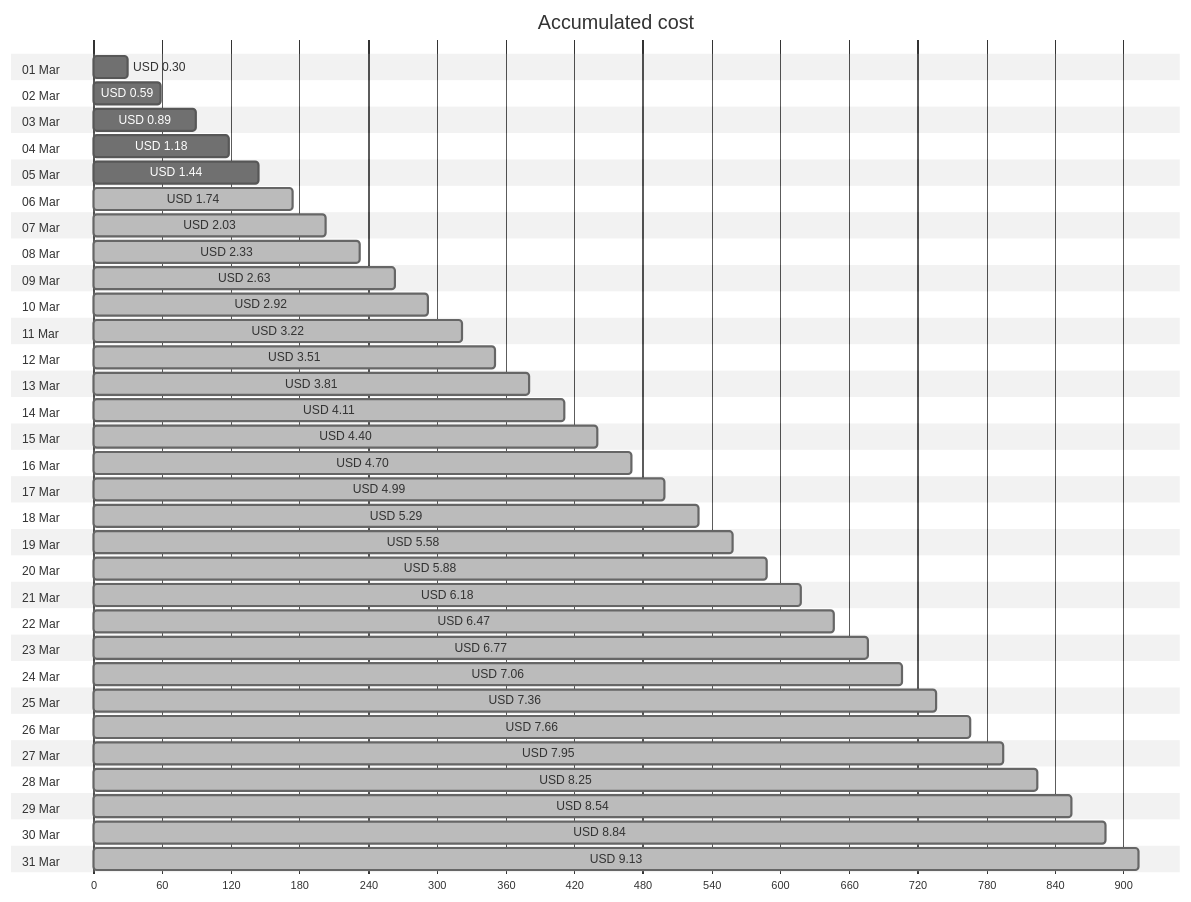
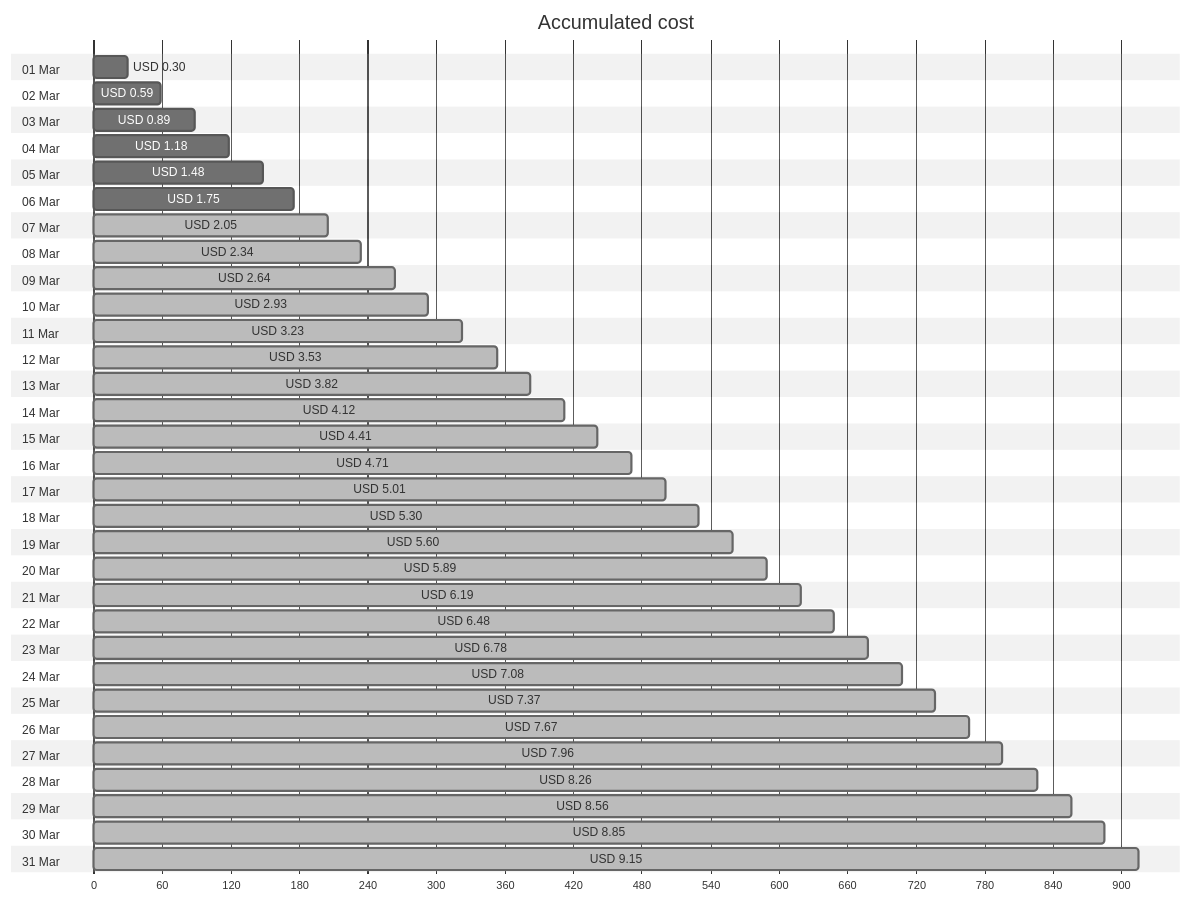
One commit to jpfulton/azure-personal-reports changed the first of 4 diagrams in cost-reports/personal-site/personal-site.md. Above: the diagram before and after it, drawn with Mermaid (neutral theme). The commit also changed other lines of this file and 7 other files, not shown here.

````diff
--- a/cost-reports/personal-site/personal-site.md
+++ b/cost-reports/personal-site/personal-site.md
@@ -20,68 +20,68 @@
 ```mermaid
 gantt
    title Accumulated cost
    dateFormat  X
    axisFormat %s
    section 01 Mar
    USD 0.30 :0, 30
    section 02 Mar
    USD 0.59 :0, 59
    section 03 Mar
    USD 0.89 :0, 89
    section 04 Mar
    USD 1.18 :0, 118
    section 05 Mar
-   USD 1.44 :0, 144
+   USD 1.48 :0, 148
    section 06 Mar
-   USD 1.74 : done, 0, 174
+   USD 1.75 :0, 175
    section 07 Mar
-   USD 2.03 : done, 0, 203
+   USD 2.05 : done, 0, 205
    section 08 Mar
-   USD 2.33 : done, 0, 233
+   USD 2.34 : done, 0, 234
    section 09 Mar
-   USD 2.63 : done, 0, 263
+   USD 2.64 : done, 0, 264
    section 10 Mar
-   USD 2.92 : done, 0, 292
+   USD 2.93 : done, 0, 293
    section 11 Mar
-   USD 3.22 : done, 0, 322
+   USD 3.23 : done, 0, 323
    section 12 Mar
-   USD 3.51 : done, 0, 351
+   USD 3.53 : done, 0, 353
    section 13 Mar
-   USD 3.81 : done, 0, 381
+   USD 3.82 : done, 0, 382
    section 14 Mar
-   USD 4.11 : done, 0, 411
+   USD 4.12 : done, 0, 412
    section 15 Mar
-   USD 4.40 : done, 0, 440
+   USD 4.41 : done, 0, 441
    section 16 Mar
-   USD 4.70 : done, 0, 470
+   USD 4.71 : done, 0, 471
    section 17 Mar
-   USD 4.99 : done, 0, 499
+   USD 5.01 : done, 0, 501
    section 18 Mar
-   USD 5.29 : done, 0, 529
+   USD 5.30 : done, 0, 530
    section 19 Mar
-   USD 5.58 : done, 0, 558
+   USD 5.60 : done, 0, 560
    section 20 Mar
-   USD 5.88 : done, 0, 588
+   USD 5.89 : done, 0, 589
    section 21 Mar
-   USD 6.18 : done, 0, 618
+   USD 6.19 : done, 0, 619
    section 22 Mar
-   USD 6.47 : done, 0, 647
+   USD 6.48 : done, 0, 648
    section 23 Mar
-   USD 6.77 : done, 0, 677
+   USD 6.78 : done, 0, 678
    section 24 Mar
-   USD 7.06 : done, 0, 706
+   USD 7.08 : done, 0, 708
    section 25 Mar
-   USD 7.36 : done, 0, 736
+   USD 7.37 : done, 0, 737
    section 26 Mar
-   USD 7.66 : done, 0, 766
+   USD 7.67 : done, 0, 767
    section 27 Mar
-   USD 7.95 : done, 0, 795
+   USD 7.96 : done, 0, 796
    section 28 Mar
-   USD 8.25 : done, 0, 825
+   USD 8.26 : done, 0, 826
    section 29 Mar
-   USD 8.54 : done, 0, 854
+   USD 8.56 : done, 0, 856
    section 30 Mar
-   USD 8.84 : done, 0, 884
+   USD 8.85 : done, 0, 885
    section 31 Mar
-   USD 9.13 : done, 0, 913
+   USD 9.15 : done, 0, 915
 ```
````
